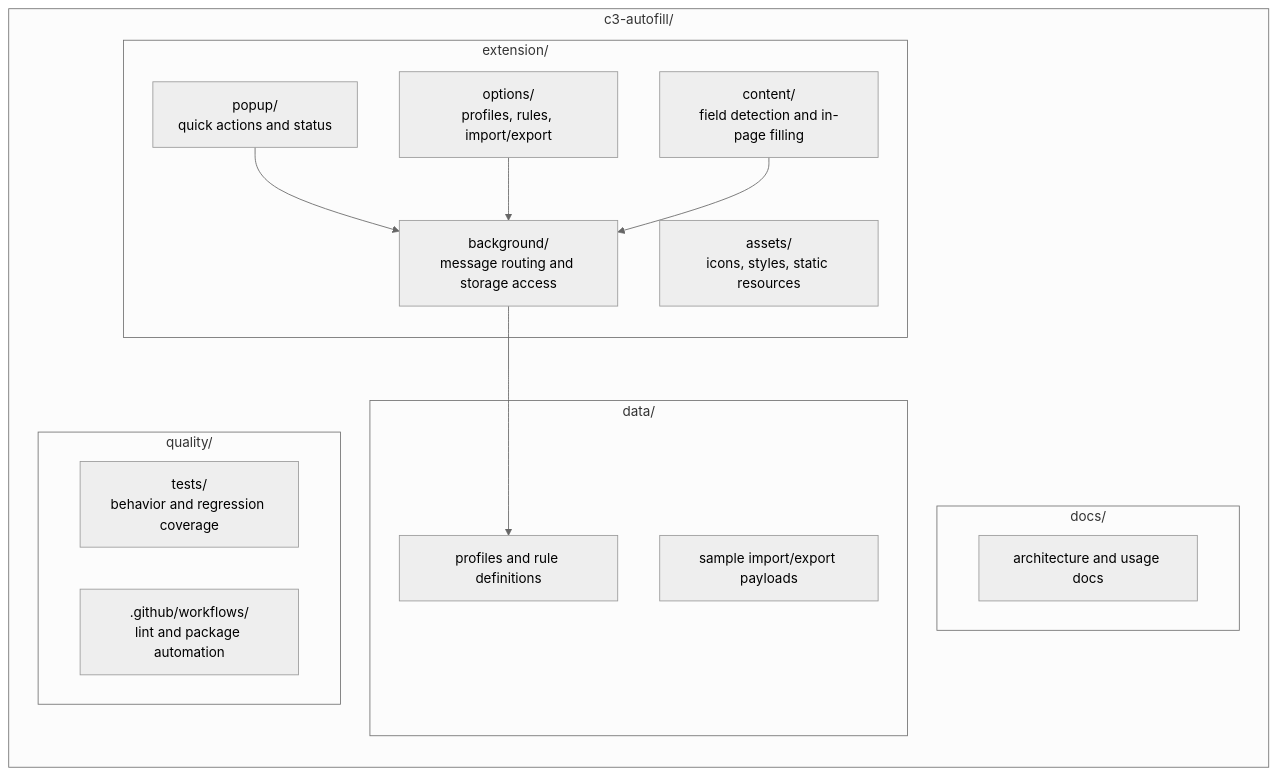
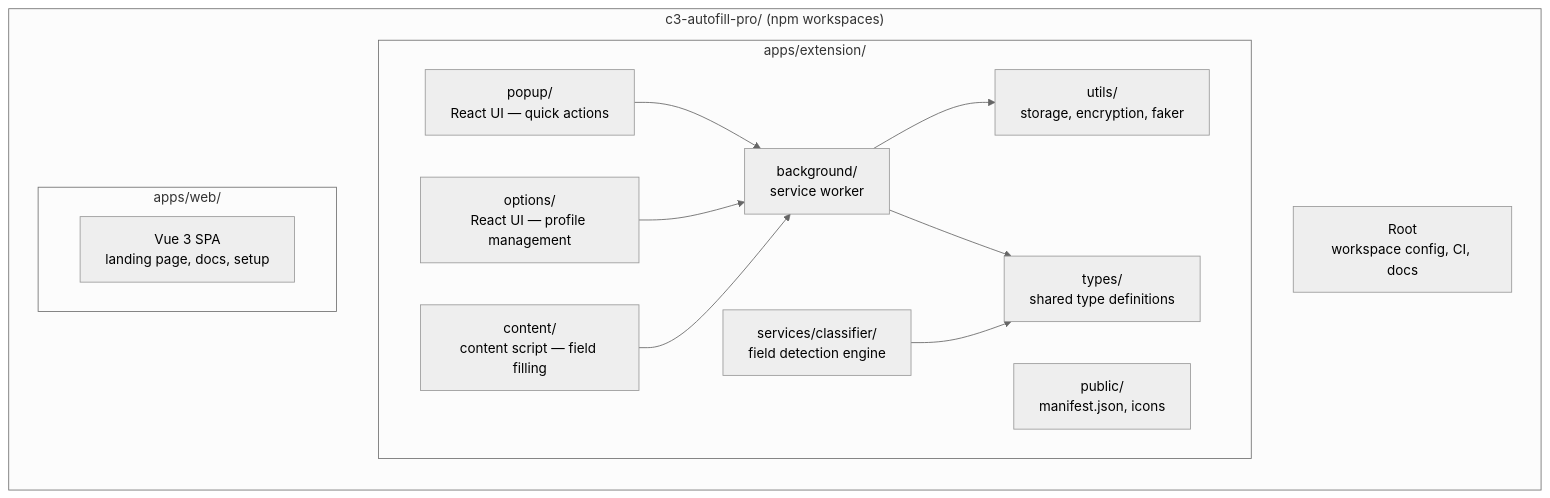
One commit to CodeCanvasCollective/.github changed the diagram in FLAGSHIP_PROJECT/c3-autofill/STRUCTURE.md. Above: the diagram before and after it, drawn with Mermaid (neutral theme). The commit also changed other lines of this file and 2 other files, not shown here.

First line of the commit message:
Docs: update monorepo architecture & structure

````diff
--- a/FLAGSHIP_PROJECT/c3-autofill/STRUCTURE.md
+++ b/FLAGSHIP_PROJECT/c3-autofill/STRUCTURE.md
@@ -13,31 +13,28 @@
 ```mermaid
 graph LR
-    subgraph "c3-autofill/"
-        subgraph "extension/"
-            POP["popup/<br/>quick actions and status"]
-            OPT["options/<br/>profiles, rules, import/export"]
-            CS["content/<br/>field detection and in-page filling"]
-            BG["background/<br/>message routing and storage access"]
-            ASSETS["assets/<br/>icons, styles, static resources"]
+    subgraph "c3-autofill-pro/ (npm workspaces)"
+        subgraph "apps/extension/"
+            POP["popup/<br/>React UI — quick actions"]
+            OPT["options/<br/>React UI — profile management"]
+            CS["content/<br/>content script — field filling"]
+            BG["background/<br/>service worker"]
+            SVC["services/classifier/<br/>field detection engine"]
+            UTIL["utils/<br/>storage, encryption, faker"]
+            TYPES["types/<br/>shared type definitions"]
+            PUB["public/<br/>manifest.json, icons"]
         end
 
-        subgraph "data/"
-            SCHEMA["profiles and rule definitions"]
-            SAMPLE["sample import/export payloads"]
+        subgraph "apps/web/"
+            VUE["Vue 3 SPA<br/>landing page, docs, setup"]
         end
 
-        subgraph "docs/"
-            ARCH["architecture and usage docs"]
-        end
-
-        subgraph "quality/"
-            TESTS["tests/<br/>behavior and regression coverage"]
-            CI[".github/workflows/<br/>lint and package automation"]
-        end
+        ROOT["Root<br/>workspace config, CI, docs"]
     end
 
     POP --> BG
     OPT --> BG
     CS --> BG
-    BG --> SCHEMA
+    BG --> UTIL
+    BG --> TYPES
+    SVC --> TYPES
 ```
````
